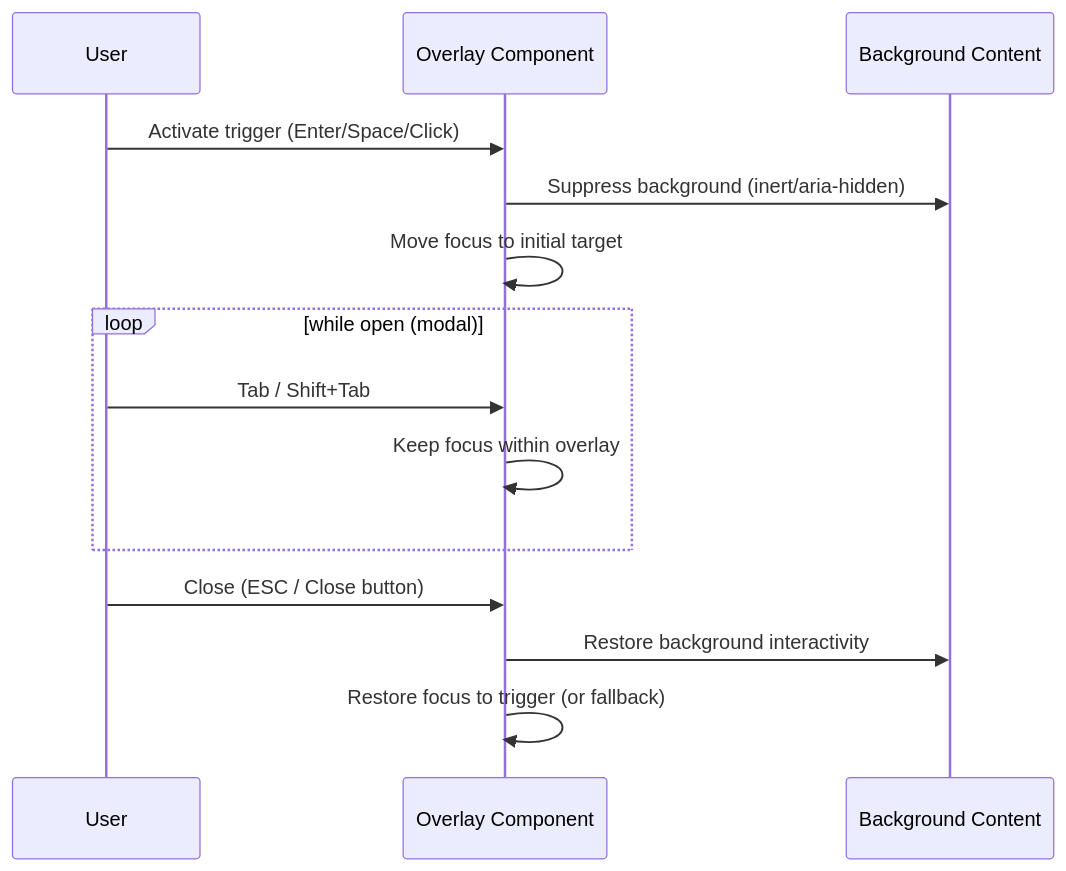
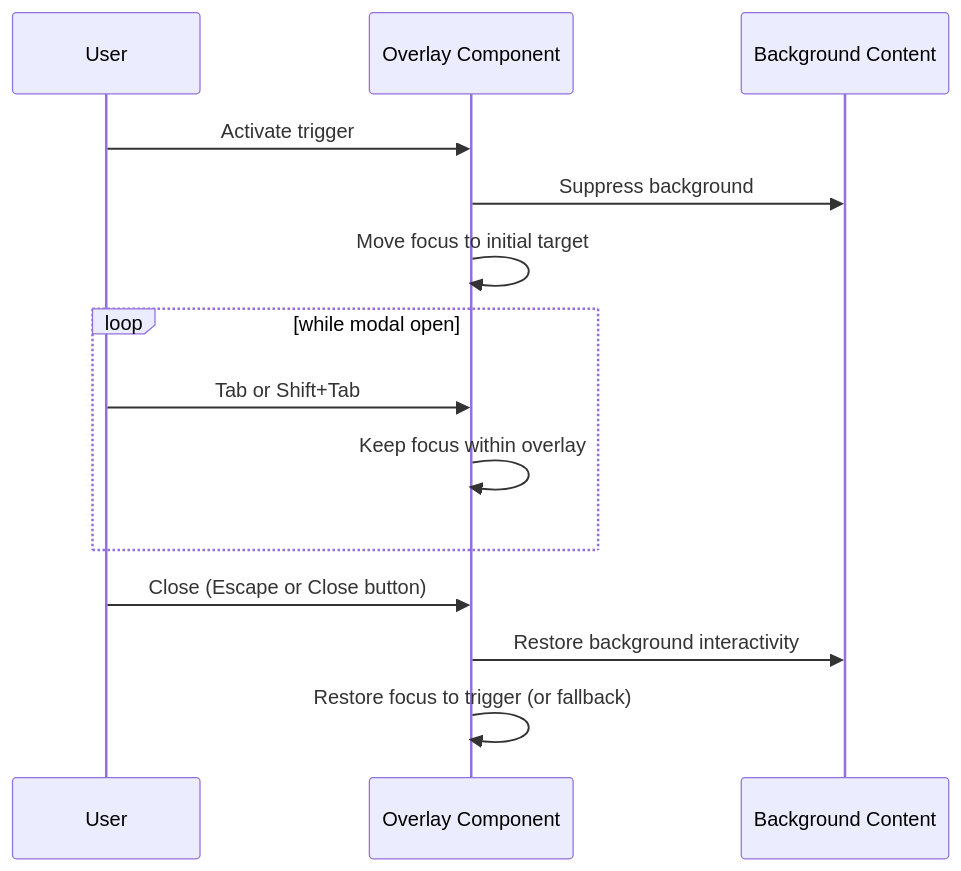
Before and after one commit to bartytime4life/Kansas-Frontier-Matrix: the second of 2 diagrams in docs/accessibility/patterns/modal-and-sidepanel.md, drawn with Mermaid. The commit also changed other lines of this file, not shown here.

```diff
--- a/docs/accessibility/patterns/modal-and-sidepanel.md
+++ b/docs/accessibility/patterns/modal-and-sidepanel.md
@@ -181,16 +191,16 @@
 ~~~mermaid
 sequenceDiagram
 participant User
 participant UI as Overlay Component
 participant Page as Background Content
-User->>UI: Activate trigger (Enter/Space/Click)
-UI->>Page: Suppress background (inert/aria-hidden)
+User->>UI: Activate trigger
+UI->>Page: Suppress background
 UI->>UI: Move focus to initial target
-loop while open (modal)
-  User->>UI: Tab / Shift+Tab
+loop while modal open
+  User->>UI: Tab or Shift+Tab
   UI->>UI: Keep focus within overlay
 end
-User->>UI: Close (ESC / Close button)
+User->>UI: Close (Escape or Close button)
 UI->>Page: Restore background interactivity
 UI->>UI: Restore focus to trigger (or fallback)
 ~~~
```
